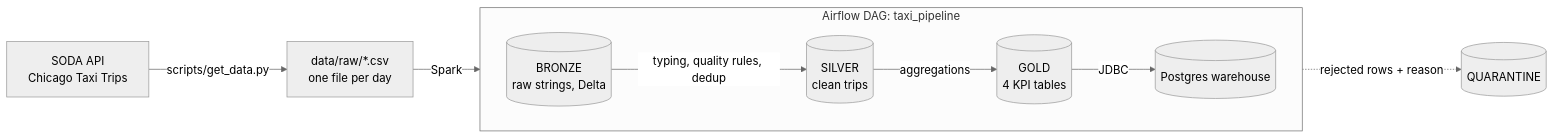
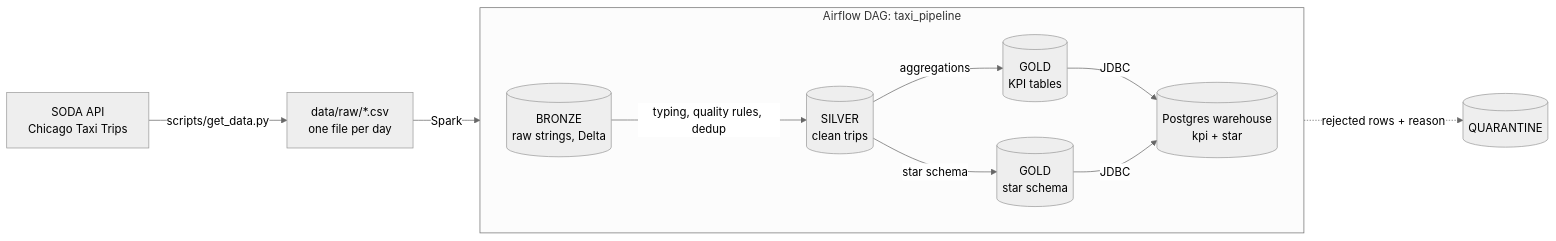
The diagram in README.md (Moncif-M/test_technique_data_engineer_ma_Mouad), drawn with Mermaid (neutral theme) before and after one commit. The commit also changed other lines of this file and 1 other file, not shown here.

````diff
--- a/README.md
+++ b/README.md
@@ -8,12 +10,14 @@
 ```mermaid
 flowchart LR
     API["SODA API<br/>Chicago Taxi Trips"] -->|"scripts/get_data.py"| CSV["data/raw/*.csv<br/>one file per day"]
     subgraph Airflow["Airflow DAG: taxi_pipeline"]
         direction LR
         B[("BRONZE<br/>raw strings, Delta")] -->|"typing, quality rules, dedup"| S[("SILVER<br/>clean trips")]
-        S -->|aggregations| G[("GOLD<br/>4 KPI tables")]
-        G -->|JDBC| W[("Postgres warehouse")]
+        S -->|aggregations| G[("GOLD<br/>KPI tables")]
+        S -->|star schema| D[("GOLD<br/>star schema")]
+        G -->|JDBC| W[("Postgres warehouse<br/>kpi + star")]
+        D -->|JDBC| W
     end
     CSV -->|"Spark"| B
     S -.->|"rejected rows + reason"| Q[("QUARANTINE")]
 ```
````
